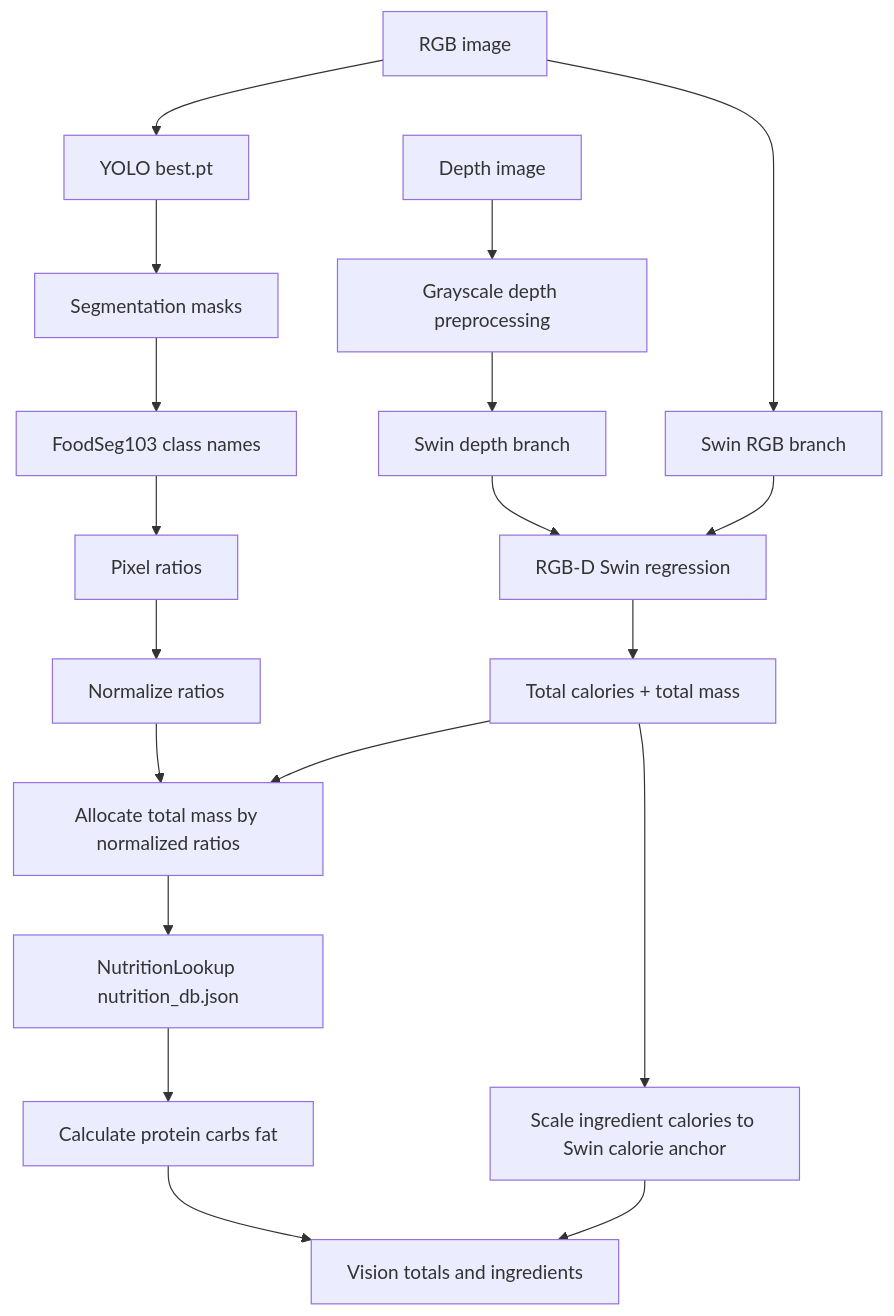
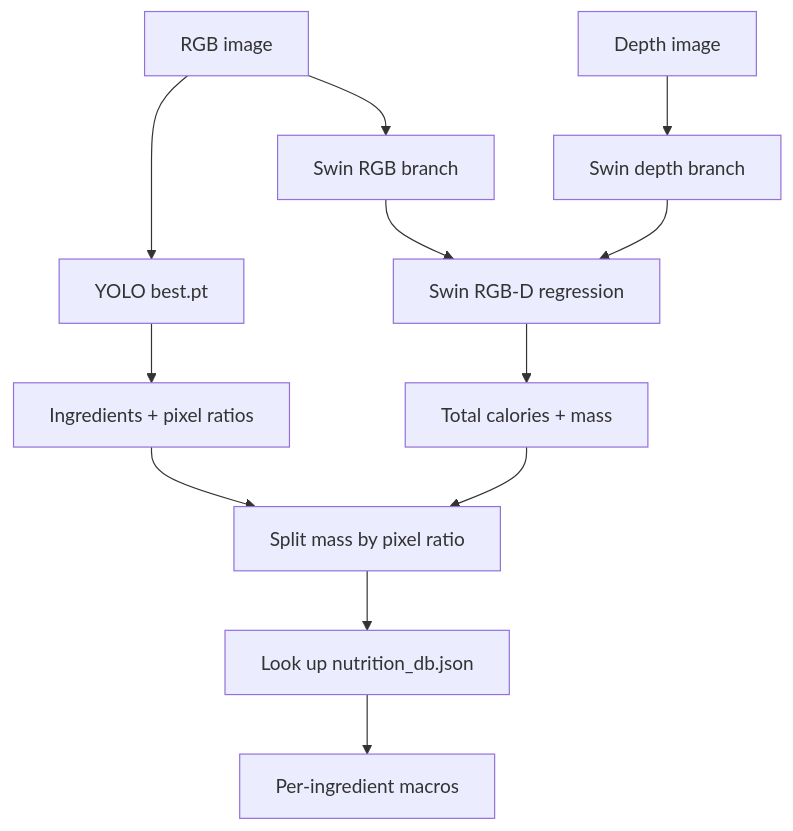
One commit to isenel0/nutri_fusion_agent changed the second of 3 diagrams in readme.md. Above: the diagram before and after it, drawn with Mermaid. The commit also changed other lines of this file and 10 other files, not shown here.

````diff
--- a/readme.md
+++ b/readme.md
@@ -55,23 +144,14 @@
 ```mermaid
 flowchart TD
     A[RGB image] --> B[YOLO best.pt]
-    B --> C[Segmentation masks]
-    C --> D[FoodSeg103 class names]
-    D --> E[Pixel ratios]
-
+    B --> C[Ingredients + pixel ratios]
     A --> F[Swin RGB branch]
-    G[Depth image] --> H[Grayscale depth preprocessing]
-    H --> I[Swin depth branch]
-    F --> J[RGB-D Swin regression]
+    G[Depth image] --> I[Swin depth branch]
+    F --> J[Swin RGB-D regression]
     I --> J
-    J --> K[Total calories + total mass]
-
-    E --> L[Normalize ratios]
-    K --> M[Allocate total mass by normalized ratios]
-    L --> M
-    M --> N[NutritionLookup nutrition_db.json]
-    N --> O[Calculate protein carbs fat]
-    K --> P[Scale ingredient calories to Swin calorie anchor]
-    O --> Q[Vision totals and ingredients]
-    P --> Q
+    J --> K[Total calories + mass]
+    C --> M[Split mass by pixel ratio]
+    K --> M
+    M --> N[Look up nutrition_db.json]
+    N --> Q[Per-ingredient macros]
 ```
````
